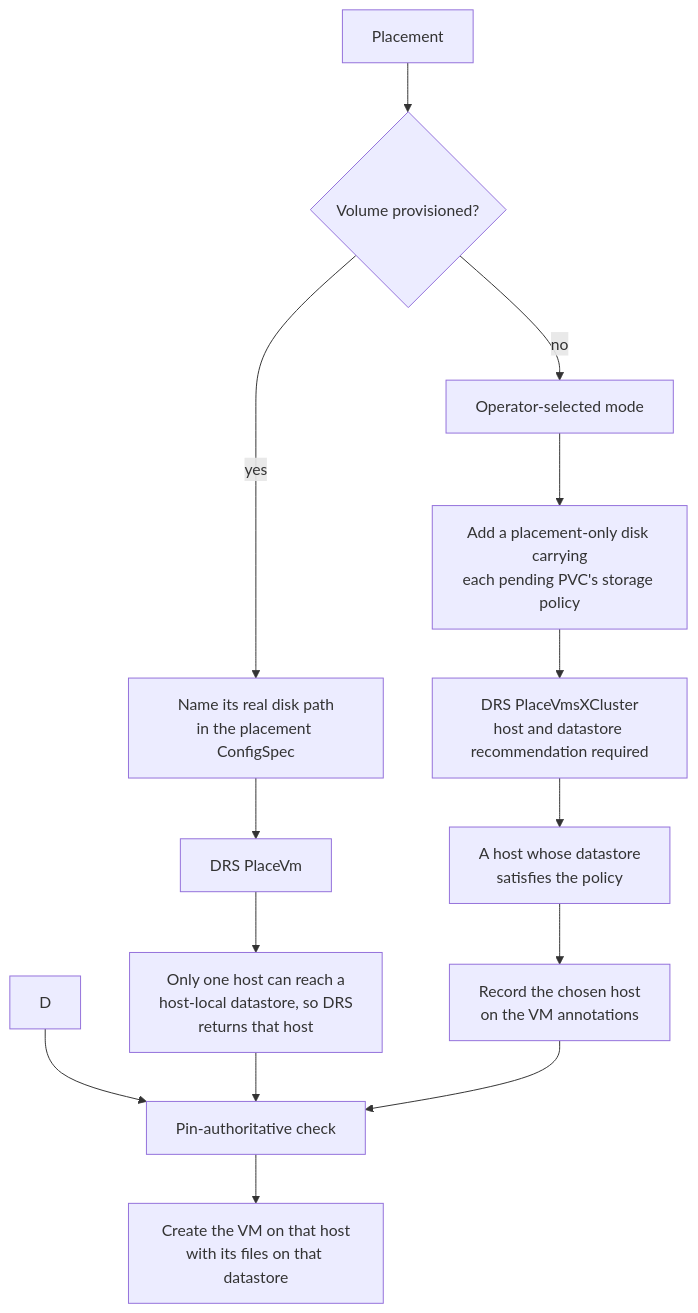
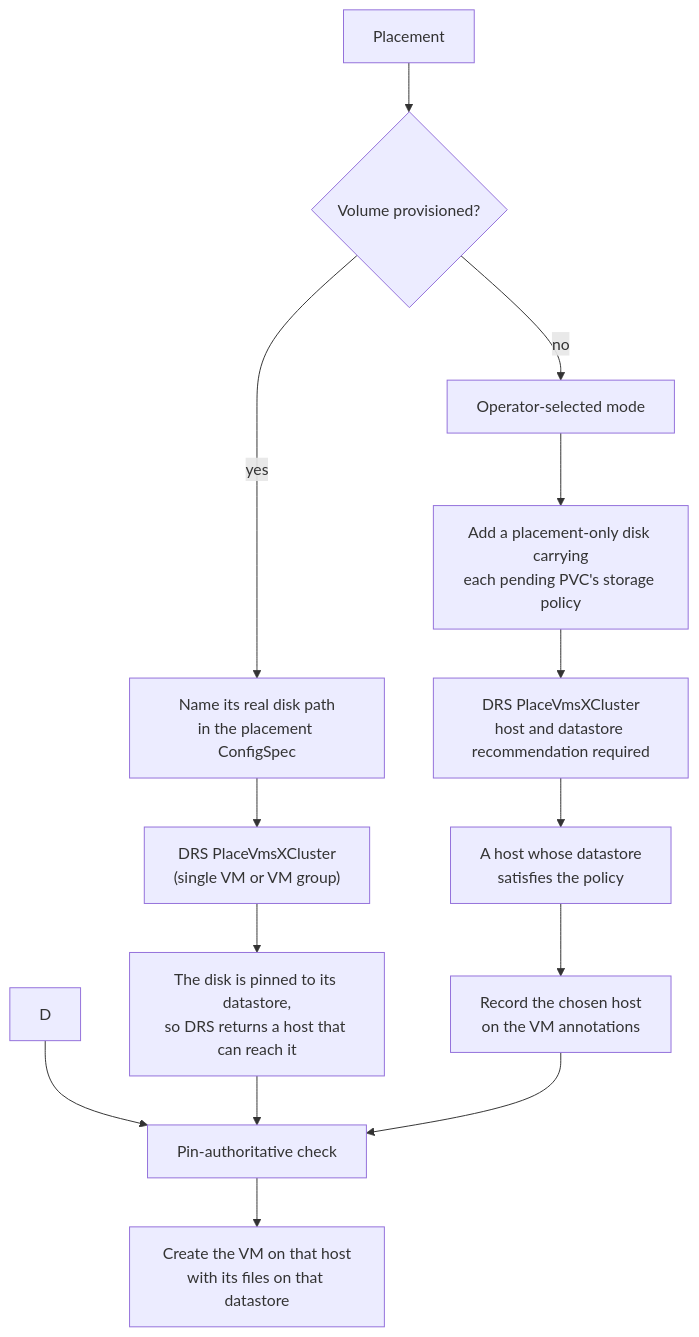
The third of 8 diagrams in .sdd/specs/004-host-local-storage/architecture.md (vmware-tanzu/vm-operator), drawn with Mermaid before and after one commit. The commit also changed other lines of this file and 19 other files, not shown here.

````diff
--- a/.sdd/specs/004-host-local-storage/architecture.md
+++ b/.sdd/specs/004-host-local-storage/architecture.md
@@ -190,19 +190,19 @@
 ```mermaid
 flowchart TD
     A[Placement] --> B{Volume provisioned?}
 
     B -- yes --> C[Name its real disk path<br/>in the placement ConfigSpec]
-    C --> E[DRS PlaceVm]
-    E --> F[Only one host can reach a<br/>host-local datastore, so DRS<br/>returns that host]
+    C --> E["DRS PlaceVmsXCluster<br/>(single VM or VM group)"]
+    E --> F[The disk is pinned to its datastore,<br/>so DRS returns a host that can reach it]
 
     B -- no --> G[Operator-selected mode]
     G --> H[Add a placement-only disk carrying<br/>each pending PVC's storage policy]
     H --> I["DRS PlaceVmsXCluster<br/>host and datastore recommendation required"]
     I --> J[A host whose datastore<br/>satisfies the policy]
     J --> K[Record the chosen host<br/>on the VM annotations]
 
     D --> L[Pin-authoritative check]
     F --> L
     K --> L
     L --> M[Create the VM on that host<br/>with its files on that datastore]
 ```
````
